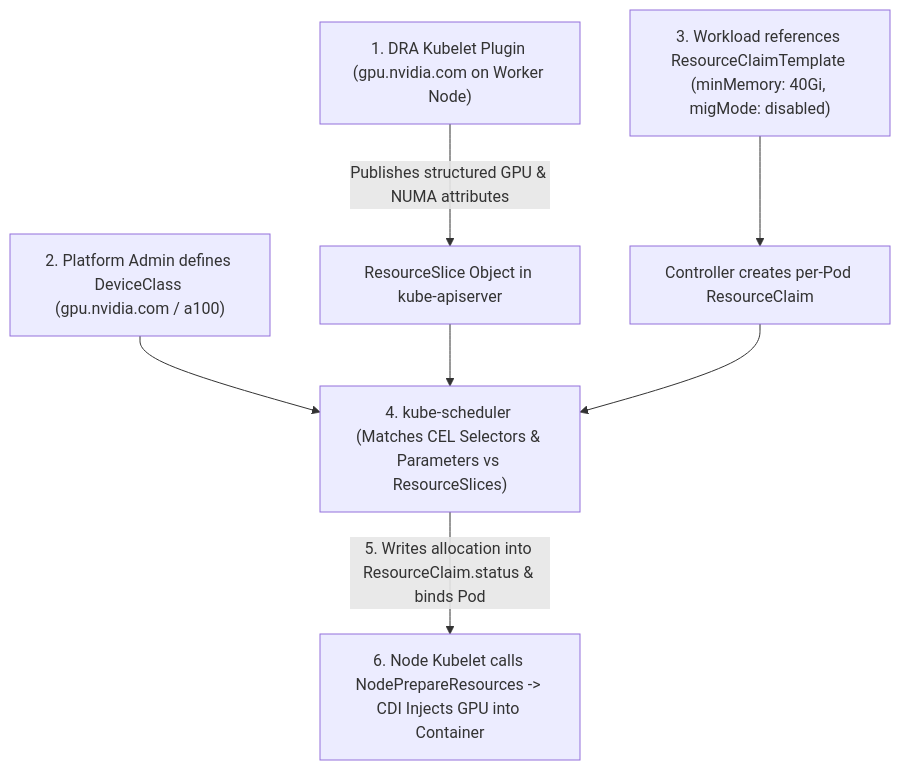
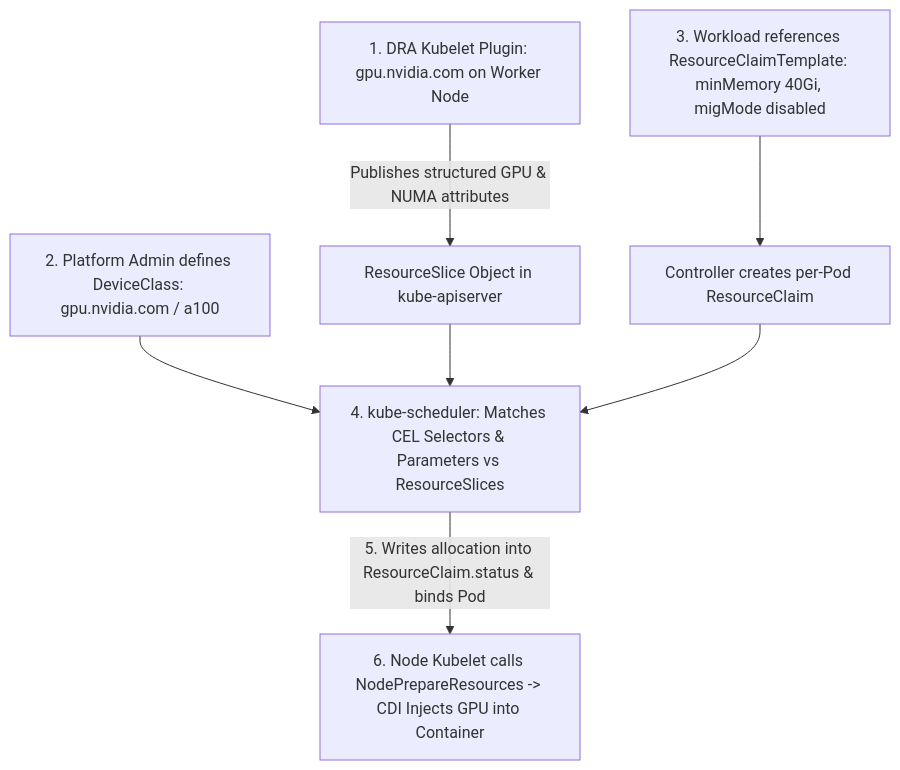
One commit to jithinpnjm/ai-infra-handbook changed the diagram in docs/part-11-gpu-kubernetes/12-dynamic-resource-allocation-dra.md. Above: the diagram before and after it, drawn with Mermaid. The commit also changed other lines of this file and 503 other files, not shown here.

````diff
--- a/docs/part-11-gpu-kubernetes/12-dynamic-resource-allocation-dra.md
+++ b/docs/part-11-gpu-kubernetes/12-dynamic-resource-allocation-dra.md
@@ -62,9 +74,9 @@
 ```mermaid
 flowchart TD
-    Plugin["1. DRA Kubelet Plugin (gpu.nvidia.com on Worker Node)"] -->|"Publishes structured GPU & NUMA attributes"| Slice["ResourceSlice Object in kube-apiserver"]
-    Admin["2. Platform Admin defines DeviceClass (gpu.nvidia.com / a100)"] --> Sched["4. kube-scheduler (Matches CEL Selectors & Parameters vs ResourceSlices)"]
-    User["3. Workload references ResourceClaimTemplate (minMemory: 40Gi, migMode: disabled)"] --> Claim["Controller creates per-Pod ResourceClaim"]
+    Plugin["1. DRA Kubelet Plugin: gpu.nvidia.com on Worker Node"] -->|"Publishes structured GPU & NUMA attributes"| Slice["ResourceSlice Object in kube-apiserver"]
+    Admin["2. Platform Admin defines DeviceClass: gpu.nvidia.com / a100"] --> Sched["4. kube-scheduler: Matches CEL Selectors & Parameters vs ResourceSlices"]
+    User["3. Workload references ResourceClaimTemplate: minMemory 40Gi, migMode disabled"] --> Claim["Controller creates per-Pod ResourceClaim"]
     Slice --> Sched
     Claim --> Sched
     Sched -->|"5. Writes allocation into ResourceClaim.status & binds Pod"| Kubelet["6. Node Kubelet calls NodePrepareResources -> CDI Injects GPU into Container"]
 ```
````
